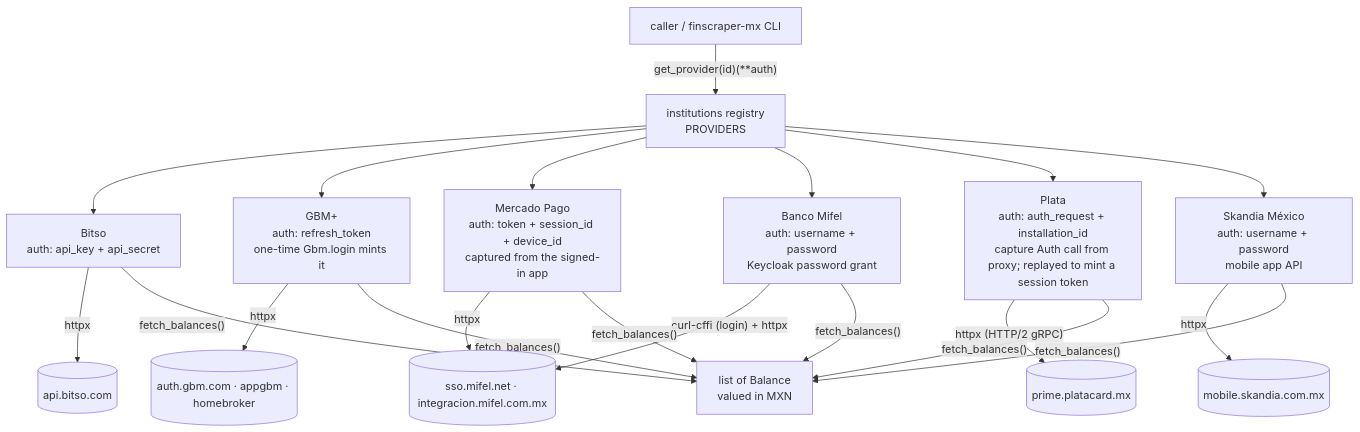
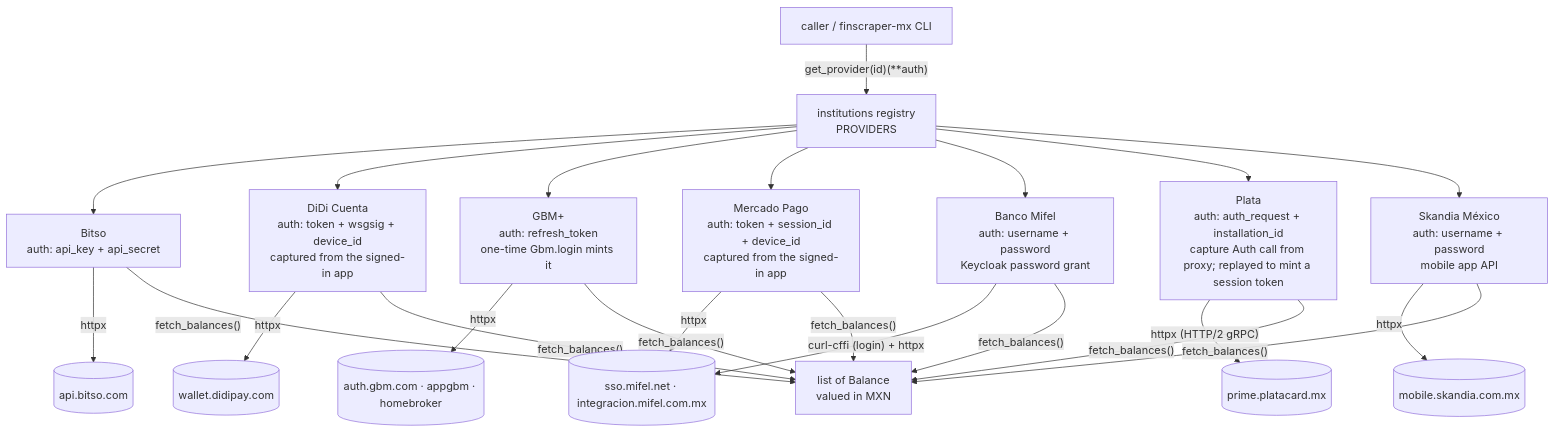
The diagram in CLAUDE.md (PaoloReyes/finscraper-mx), drawn with Mermaid before and after one commit. The commit also changed other lines of this file and 5 other files, not shown here.

First line of the commit message:
Add DiDi provider (DiDi Cuenta balance from the app's home screen)

````diff
--- a/CLAUDE.md
+++ b/CLAUDE.md
@@ -26,22 +26,25 @@
 ```mermaid
 flowchart TD
   caller["caller / finscraper-mx CLI"] -->|"get_provider(id)(**auth)"| reg["institutions registry<br/>PROVIDERS"]
   reg --> bitso["Bitso<br/>auth: api_key + api_secret"]
+  reg --> didi["DiDi Cuenta<br/>auth: token + wsgsig + device_id<br/>captured from the signed-in app"]
   reg --> gbm["GBM+<br/>auth: refresh_token<br/>one-time Gbm.login mints it"]
   reg --> mp["Mercado Pago<br/>auth: token + session_id + device_id<br/>captured from the signed-in app"]
   reg --> mifel["Banco Mifel<br/>auth: username + password<br/>Keycloak password grant"]
   reg --> plata["Plata<br/>auth: auth_request + installation_id<br/>capture Auth call from proxy; replayed to mint a session token"]
   reg --> skandia["Skandia México<br/>auth: username + password<br/>mobile app API"]
   bitso -->|"httpx"| bapi[("api.bitso.com")]
+  didi -->|"httpx"| dapi[("wallet.didipay.com")]
   gbm -->|"httpx"| gapi[("auth.gbm.com · appgbm · homebroker")]
   mp -->|"httpx"| mapi[("mobile.mercadopago.com/mp-home-hub/home")]
   mifel -->|"curl-cffi (login) + httpx"| mapi[("sso.mifel.net · integracion.mifel.com.mx")]
   plata -->|"httpx (HTTP/2 gRPC)"| papi[("prime.platacard.mx")]
   skandia -->|"httpx"| sapi[("mobile.skandia.com.mx")]
   bitso -->|"fetch_balances()"| bal["list of Balance<br/>valued in MXN"]
+  didi -->|"fetch_balances()"| bal
   gbm -->|"fetch_balances()"| bal
   mp -->|"fetch_balances()"| bal
   mifel -->|"fetch_balances()"| bal
   plata -->|"fetch_balances()"| bal
   skandia -->|"fetch_balances()"| bal
 ```
````
